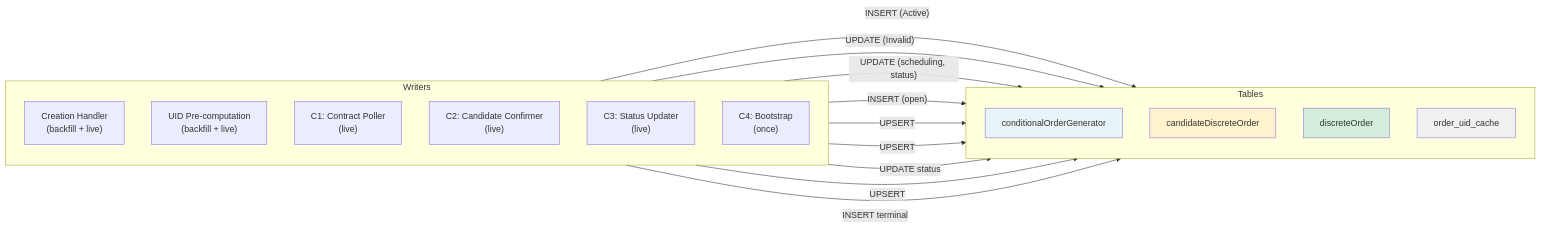
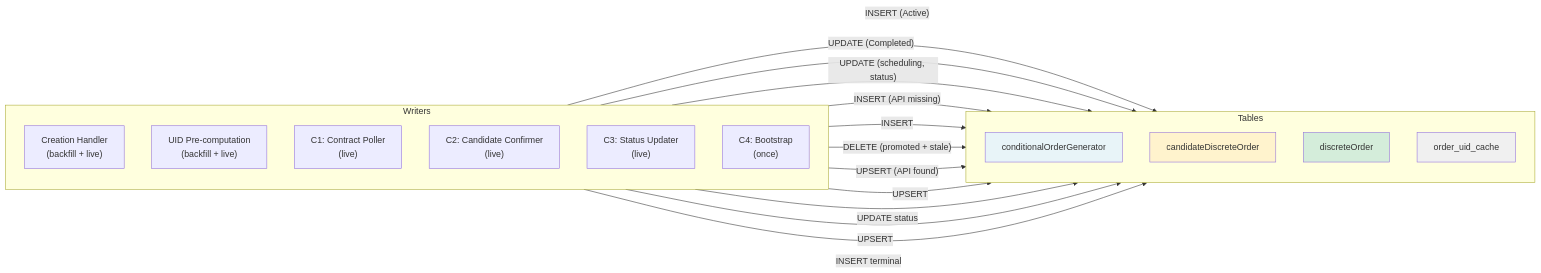
One commit to bleu/cow-programmatic-orders-api changed the seventh of 7 diagrams in agent_docs/m3-orderbook-integration-flow.md. Above: the diagram before and after it, drawn with Mermaid. The commit also changed other lines of this file and 4 other files, not shown here.

````diff
--- a/agent_docs/m3-orderbook-integration-flow.md
+++ b/agent_docs/m3-orderbook-integration-flow.md
@@ -596,38 +609,40 @@
 ```mermaid
 flowchart LR
     subgraph Writers
         direction TB
         A["Creation Handler<br/>(backfill + live)"]
         B["UID Pre-computation<br/>(backfill + live)"]
         C1["C1: Contract Poller<br/>(live)"]
         C2["C2: Candidate Confirmer<br/>(live)"]
         C3["C3: Status Updater<br/>(live)"]
         C4["C4: Bootstrap<br/>(once)"]
     end
 
     subgraph Tables
         direction TB
         Gen["conditionalOrderGenerator"]
         Cand["candidateDiscreteOrder"]
         Disc["discreteOrder"]
         Cache["order_uid_cache"]
     end
 
     A -->|"INSERT (Active)"| Gen
-    B -->|"UPDATE (Invalid)"| Gen
+    B -->|"UPDATE (Completed)"| Gen
     C1 -->|"UPDATE (scheduling, status)"| Gen
 
-    C1 -->|"INSERT (open)"| Cand
+    B -->|"INSERT (API missing)"| Cand
+    C1 -->|"INSERT"| Cand
+    C2 -->|"DELETE (promoted + stale)"| Cand
 
-    B -->|"UPSERT"| Disc
+    B -->|"UPSERT (API found)"| Disc
     C2 -->|"UPSERT"| Disc
     C3 -->|"UPDATE status"| Disc
     C4 -->|"UPSERT"| Disc
 
     C3 -->|"INSERT terminal"| Cache
 
     style Gen fill:#e8f4f8
     style Disc fill:#d4edda
     style Cand fill:#fff3cd
     style Cache fill:#f0f0f0
 ```
````
